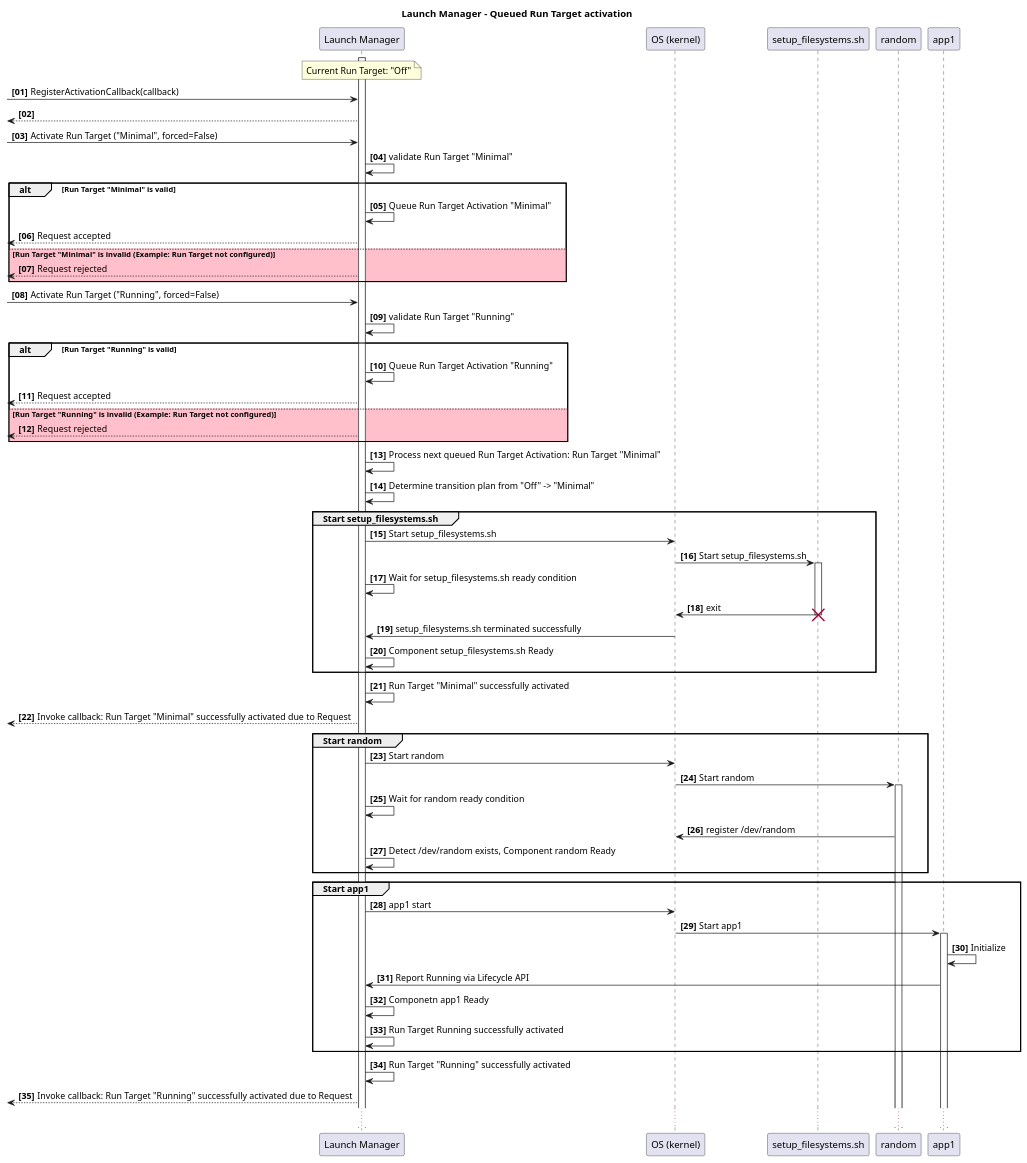
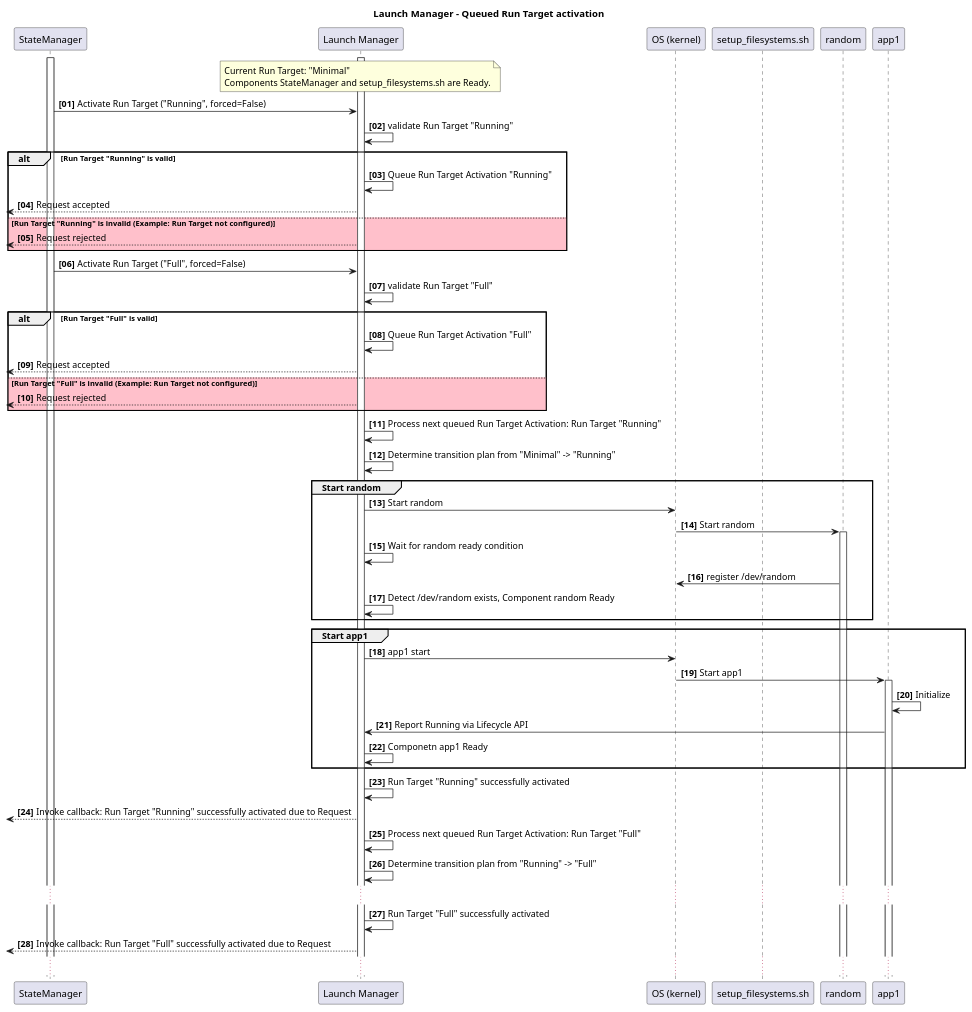
One commit to eclipse-score/lifecycle changed the diagram in docs/features/lifecycle/architecture/_assets/control_interface_queued_activation.puml. Above: the diagram before and after it, drawn with PlantUML. The commit also changed 15 other files, not shown here.

Commit message:
Sequence diagram extensions

```diff
--- a/docs/features/lifecycle/architecture/_assets/control_interface_queued_activation.puml
+++ b/docs/features/lifecycle/architecture/_assets/control_interface_queued_activation.puml
@@ -14,78 +14,71 @@
 @startuml
 title Launch Manager - Queued Run Target activation
 
 autonumber "<b>[00]"
 
+participant "StateManager" as sm
 participant "Launch Manager" as LM
 participant "OS (kernel)" as kernel
 participant "setup_filesystems.sh" as fs
 participant "random" as ran
 participant "app1" as app1
 
 activate LM
+activate sm
 
 note over LM
-Current Run Target: "Off"
+Current Run Target: "Minimal"
+Components StateManager and setup_filesystems.sh are Ready.
 end note
 
-[-> LM : RegisterActivationCallback(callback)
-[<-- LM 
-
-[-> LM : Activate Run Target ("Minimal", forced=False)
-LM -> LM: validate Run Target "Minimal"
-alt #White Run Target "Minimal" is valid
-    LM -> LM: Queue Run Target Activation "Minimal"
-    [<-- LM: Request accepted
-else #Pink Run Target "Minimal" is invalid (Example: Run Target not configured)
-    [<-- LM: Request rejected
-end alt
-
-[-> LM : Activate Run Target ("Running", forced=False)
+sm -> LM : Activate Run Target ("Running", forced=False)
 LM -> LM: validate Run Target "Running"
 alt #White Run Target "Running" is valid
     LM -> LM: Queue Run Target Activation "Running"
     [<-- LM: Request accepted
 else #Pink Run Target "Running" is invalid (Example: Run Target not configured)
     [<-- LM: Request rejected
 end alt
 
-LM -> LM: Process next queued Run Target Activation: Run Target "Minimal"
-LM -> LM: Determine transition plan from "Off" -> "Minimal"
+sm -> LM : Activate Run Target ("Full", forced=False)
+LM -> LM: validate Run Target "Full"
+alt #White Run Target "Full" is valid
+    LM -> LM: Queue Run Target Activation "Full"
+    [<-- LM: Request accepted
+else #Pink Run Target "Full" is invalid (Example: Run Target not configured)
+    [<-- LM: Request rejected
+end alt
 
-group #White Start setup_filesystems.sh
-    LM -> kernel : Start setup_filesystems.sh
-    kernel -> fs ++ : Start setup_filesystems.sh
-    LM -> LM : Wait for setup_filesystems.sh ready condition
-    fs -> kernel : exit
-    destroy fs
-    kernel -> LM : setup_filesystems.sh terminated successfully
-    LM -> LM : Component setup_filesystems.sh Ready
-end group
-
-LM -> LM: Run Target "Minimal" successfully activated
-[<-- LM: Invoke callback: Run Target "Minimal" successfully activated due to Request
-
+LM -> LM: Process next queued Run Target Activation: Run Target "Running"
+LM -> LM: Determine transition plan from "Minimal" -> "Running"
 
 group #White Start random
 LM -> kernel : Start random
 kernel -> ran ++ : Start random
 LM -> LM : Wait for random ready condition
 ran -> kernel : register /dev/random
 LM -> LM : Detect /dev/random exists, Component random Ready
 end group
 
 group #White Start app1
     LM -> kernel : app1 start
     kernel -> app1 ++ : Start app1
     app1 -> app1 : Initialize
     app1 -> LM : Report Running via Lifecycle API
     LM -> LM : Componetn app1 Ready
-    LM -> LM : Run Target Running successfully activated
 end group
 
 LM -> LM: Run Target "Running" successfully activated
 [<-- LM: Invoke callback: Run Target "Running" successfully activated due to Request
 
+LM -> LM: Process next queued Run Target Activation: Run Target "Full"
+LM -> LM: Determine transition plan from "Running" -> "Full"
+
+...
+
+LM -> LM: Run Target "Full" successfully activated
+[<-- LM: Invoke callback: Run Target "Full" successfully activated due to Request
+
 
 ...
 @enduml
```
